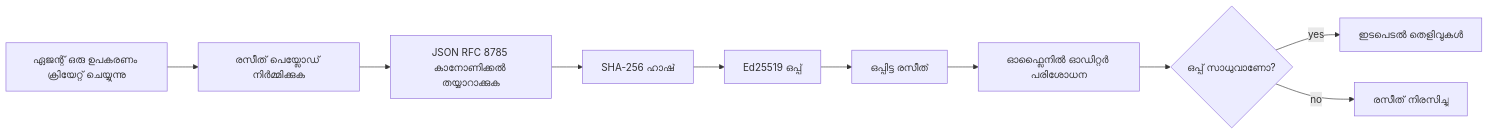
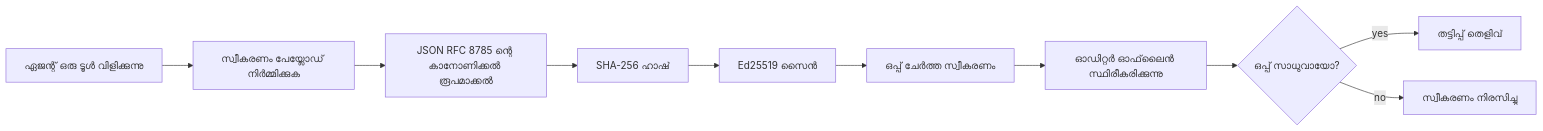
The first of 2 diagrams in mirrors/repos/microsoft@ai-agents-for-beginners/translations/ml/18-securing-ai-agents/README.md (gabrielmoreira/agent-skills-mirror), drawn with Mermaid before and after one commit. The commit also changed other lines of this file and 4482 other files, not shown here.

````diff
--- a/mirrors/repos/microsoft@ai-agents-for-beginners/translations/ml/18-securing-ai-agents/README.md
+++ b/mirrors/repos/microsoft@ai-agents-for-beginners/translations/ml/18-securing-ai-agents/README.md
@@ -51,12 +51,12 @@
 ```mermaid
 flowchart LR
-    A[ഏജന്റ് ഒരു ഉപകരണം ക്രിയേറ്റ് ചെയ്യുന്നു] --> B[രസീത് പെയ്ലോഡ് നിർമ്മിക്കുക]
-    B --> C[JSON RFC 8785 കാനോണിക്കൽ തയ്യാറാക്കുക]
+    A[ഏജന്റ് ഒരു ടൂൾ വിളിക്കുന്നു] --> B[സ്വീകരണം പേയ്ലോഡ് നിർമ്മിക്കുക]
+    B --> C[JSON RFC 8785 ന്റെ കാനോണിക്കൽ രൂപമാക്കൽ]
     C --> D[SHA-256 ഹാഷ്]
-    D --> E[Ed25519 ഒപ്പ്]
-    E --> F[ഒപ്പിട്ട രസീത്]
-    F --> G[ഓഫ്ലൈനിൽ ഓഡിറ്റർ പരിശോധന]
-    G --> H{ഒപ്പ് സാധുവാണോ?}
-    H -- yes --> I[ഇടപെടൽ തെളിവുകൾ]
-    H -- no --> J[രസീത് നിരസിച്ചു]
+    D --> E[Ed25519 സൈൻ]
+    E --> F[ഒപ്പ് ചേർത്ത സ്വീകരണം]
+    F --> G[ഓഡിറ്റർ ഓഫ്‌ലൈൻ സ്ഥിരീകരിക്കുന്നു]
+    G --> H{ഒപ്പ് സാധുവായോ?}
+    H -- yes --> I[തട്ടിപ്പ് തെളിവ്]
+    H -- no --> J[സ്വീകരണം നിരസിച്ചു]
 ```
````
